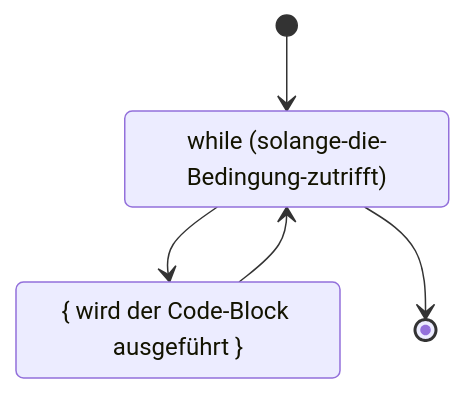
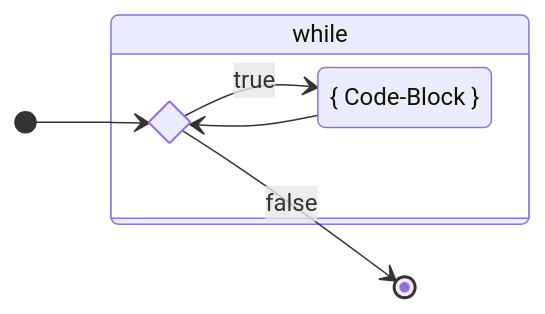
The diagram in docs/4a-while/while.md (codingluke/bbzbl-modul-319), drawn with Mermaid before and after one commit. The commit also changed other lines of this file and 18 other files, not shown here.

````diff
--- a/docs/4a-while/while.md
+++ b/docs/4a-while/while.md
@@ -35,10 +36,13 @@
 ```mermaid
 stateDiagram-v2
-    while: while (solange-die-Bedingung-zutrifft)
-    do: { wird der Code-Block ausgeführt }
-    [*] --> while
+    direction LR
+    state bedingung <<choice>>
+    do: { Code-Block }
 
-    while --> do
-    do --> while
-    while --> [*]
+    [*] --> bedingung
+    bedingung --> do: true
+    state while {
+        do --> bedingung
+    }
+    bedingung --> [*]: false
 ```
````
